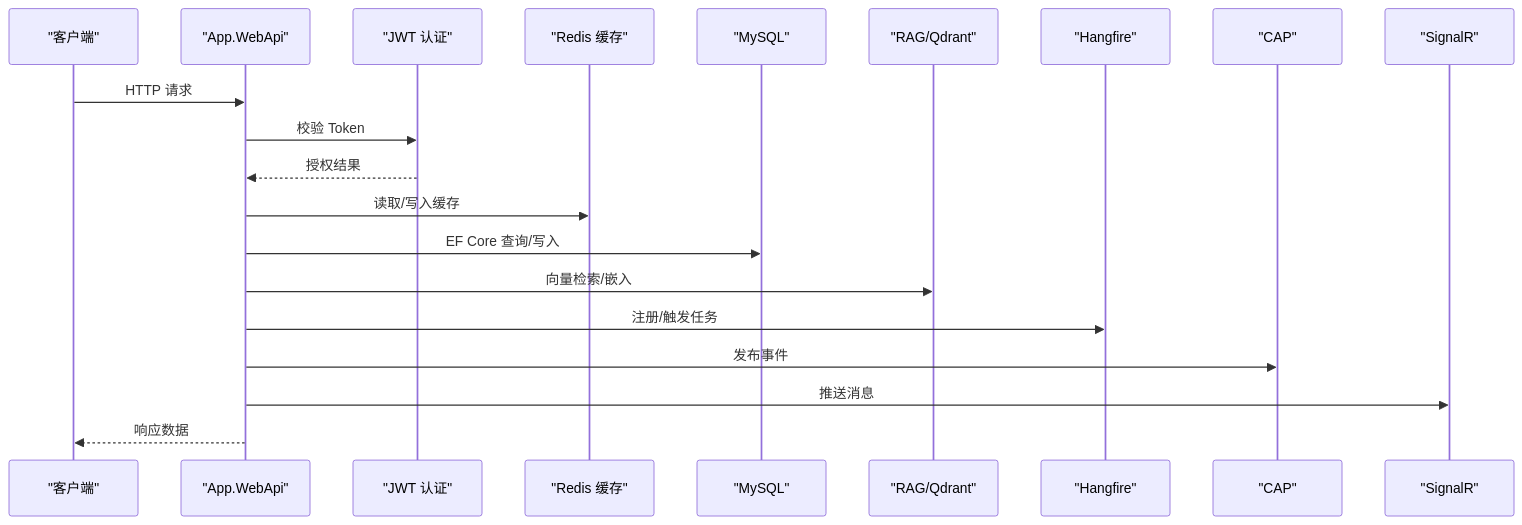
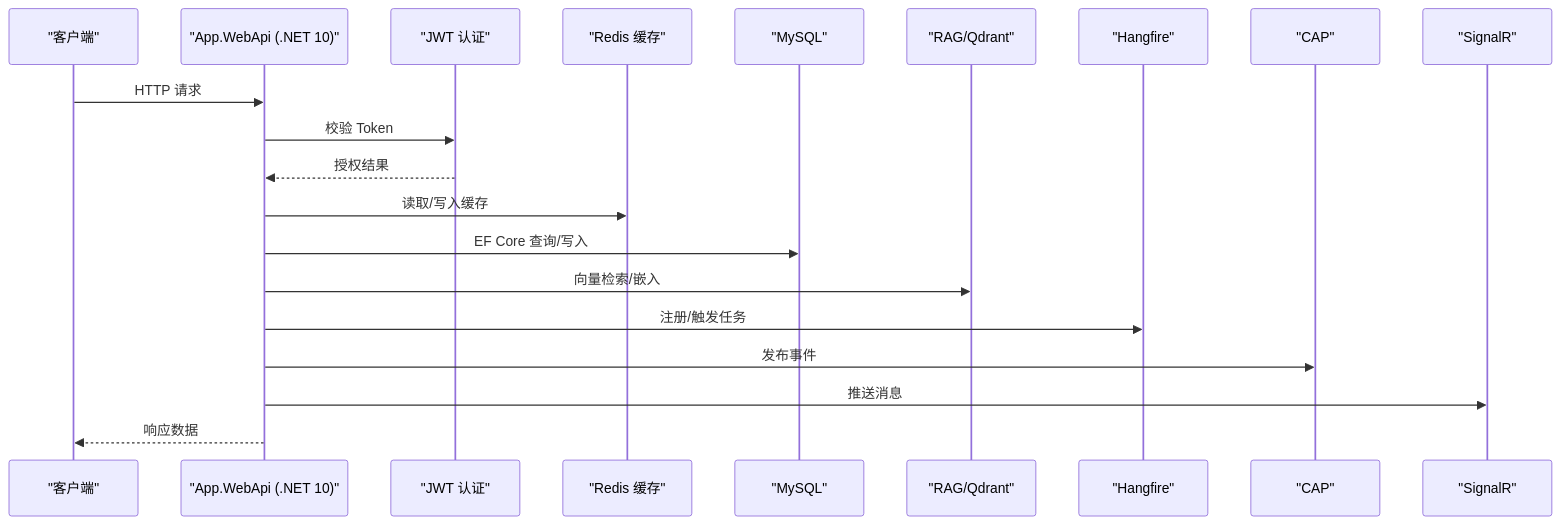
One commit to junkai-li/NetCoreKevin changed the second of 3 diagrams in .qoder/repowiki/zh/content/项目概述/技术栈概览.md. Above: the diagram before and after it, drawn with Mermaid. The commit also changed other lines of this file and 54 other files, not shown here.

````diff
--- a/.qoder/repowiki/zh/content/项目概述/技术栈概览.md
+++ b/.qoder/repowiki/zh/content/项目概述/技术栈概览.md
@@ -109,22 +125,22 @@
 ```mermaid
 sequenceDiagram
 participant Client as "客户端"
-participant API as "App.WebApi"
+participant API as "App.WebApi (.NET 10)"
 participant Auth as "JWT 认证"
 participant Cache as "Redis 缓存"
 participant DB as "MySQL"
 participant RAG as "RAG/Qdrant"
 participant Task as "Hangfire"
 participant Bus as "CAP"
 participant Realtime as "SignalR"
 Client->>API : HTTP 请求
 API->>Auth : 校验 Token
 Auth-->>API : 授权结果
 API->>Cache : 读取/写入缓存
 API->>DB : EF Core 查询/写入
 API->>RAG : 向量检索/嵌入
 API->>Task : 注册/触发任务
 API->>Bus : 发布事件
 API->>Realtime : 推送消息
 API-->>Client : 响应数据
 ```
````
